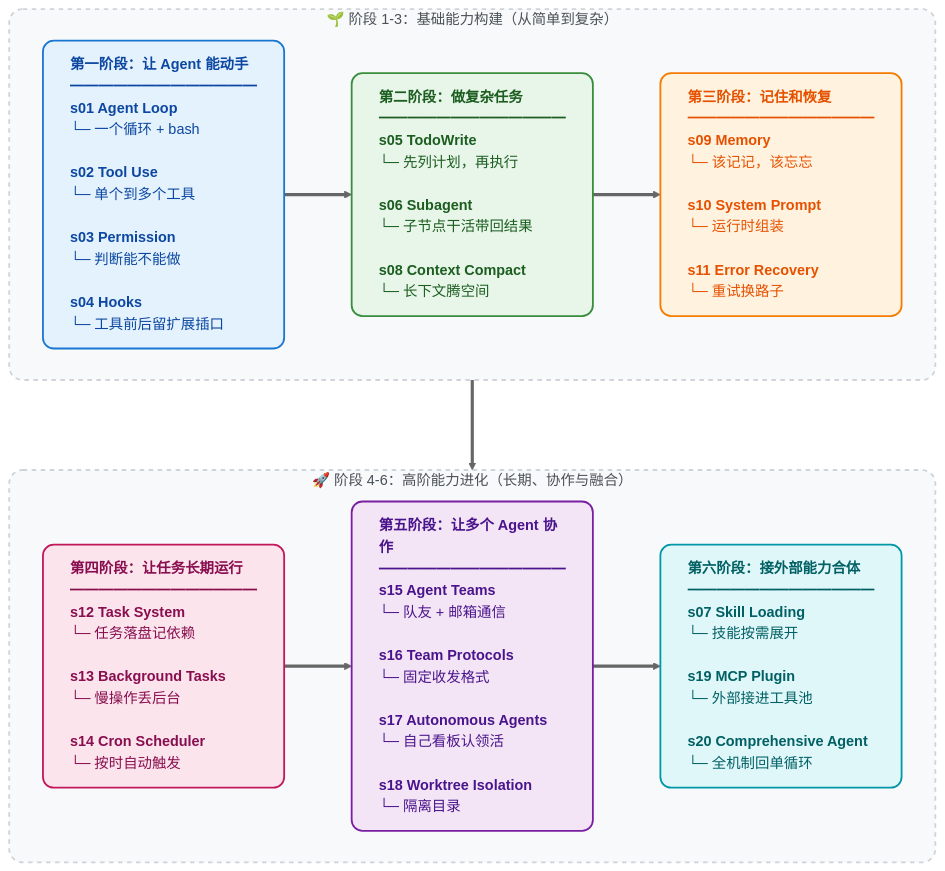
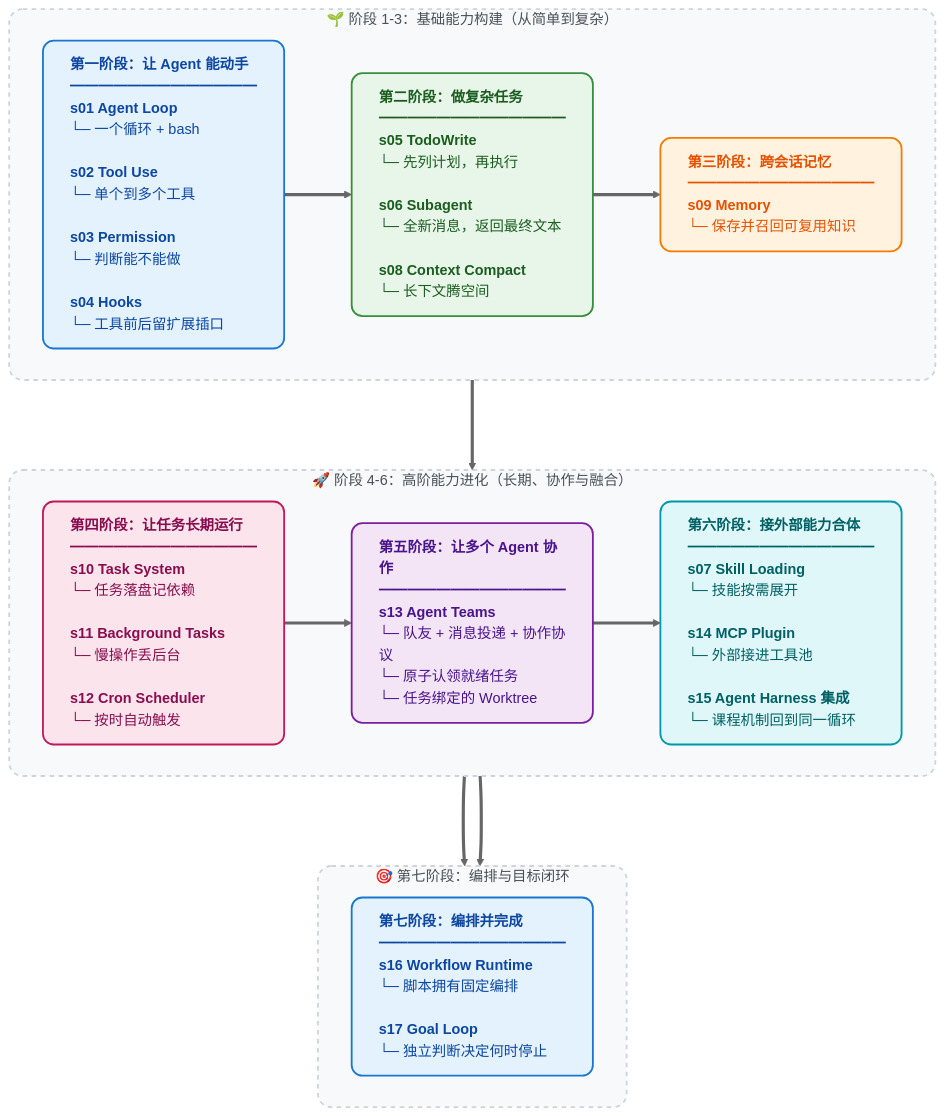
One commit to imzyf/learn-claude-code changed the diagram in README-zh.upstream.md. Above: the diagram before and after it, drawn with Mermaid (neutral theme). The commit also changed other lines of this file and 17 other files, not shown here.

````diff
--- a/README-zh.upstream.md
+++ b/README-zh.upstream.md
@@ -313,43 +304,50 @@
 ```mermaid
 flowchart TD
     %% 统一定义卡片样式：加入 text-align:left 保证列表不会居中乱飘
     classDef stage1 fill:#E3F2FD,stroke:#1976D2,stroke-width:2px,color:#0D47A1,rx:12,ry:12,text-align:left
     classDef stage2 fill:#E8F5E9,stroke:#388E3C,stroke-width:2px,color:#1B5E20,rx:12,ry:12,text-align:left
     classDef stage3 fill:#FFF3E0,stroke:#F57C00,stroke-width:2px,color:#E65100,rx:12,ry:12,text-align:left
     classDef stage4 fill:#FCE4EC,stroke:#C2185b,stroke-width:2px,color:#880E4F,rx:12,ry:12,text-align:left
     classDef stage5 fill:#F3E5F5,stroke:#7B1FA2,stroke-width:2px,color:#4A148C,rx:12,ry:12,text-align:left
     classDef stage6 fill:#E0F7FA,stroke:#0097A7,stroke-width:2px,color:#006064,rx:12,ry:12,text-align:left
     
     %% 背景框样式
     classDef groupBox fill:#F8F9FA,stroke:#CED4DA,stroke-width:2px,stroke-dasharray: 5 5,rx:15,ry:15,color:#495057
     
     %% 第一层：1-3阶段
     subgraph Phase1 ["🌱 阶段 1-3：基础能力构建（从简单到复杂）"]
         direction LR
         S1["<b>第一阶段：让 Agent 能动手</b><br/>━━━━━━━━━━━━━<br/><b>s01 Agent Loop</b><br/>└─ 一个循环 + bash<br/><br/><b>s02 Tool Use</b><br/>└─ 单个到多个工具<br/><br/><b>s03 Permission</b><br/>└─ 判断能不能做<br/><br/><b>s04 Hooks</b><br/>└─ 工具前后留扩展插口"]:::stage1
 
-        S2["<b>第二阶段：做复杂任务</b><br/>━━━━━━━━━━━━━<br/><b>s05 TodoWrite</b><br/>└─ 先列计划，再执行<br/><br/><b>s06 Subagent</b><br/>└─ 子节点干活带回结果<br/><br/><b>s08 Context Compact</b><br/>└─ 长下文腾空间"]:::stage2
+        S2["<b>第二阶段：做复杂任务</b><br/>━━━━━━━━━━━━━<br/><b>s05 TodoWrite</b><br/>└─ 先列计划，再执行<br/><br/><b>s06 Subagent</b><br/>└─ 全新消息，返回最终文本<br/><br/><b>s08 Context Compact</b><br/>└─ 长下文腾空间"]:::stage2
 
-        S3["<b>第三阶段：记住和恢复</b><br/>━━━━━━━━━━━━━<br/><b>s09 Memory</b><br/>└─ 该记记，该忘忘<br/><br/><b>s10 System Prompt</b><br/>└─ 运行时组装<br/><br/><b>s11 Error Recovery</b><br/>└─ 重试换路子"]:::stage3
+        S3["<b>第三阶段：跨会话记忆</b><br/>━━━━━━━━━━━━━<br/><b>s09 Memory</b><br/>└─ 保存并召回可复用知识"]:::stage3
 
         S1 ==> S2 ==> S3
     end
 
     %% 第二层：4-6阶段
     subgraph Phase2 ["🚀 阶段 4-6：高阶能力进化（长期、协作与融合）"]
         direction LR
-        S4["<b>第四阶段：让任务长期运行</b><br/>━━━━━━━━━━━━━<br/><b>s12 Task System</b><br/>└─ 任务落盘记依赖<br/><br/><b>s13 Background Tasks</b><br/>└─ 慢操作丢后台<br/><br/><b>s14 Cron Scheduler</b><br/>└─ 按时自动触发"]:::stage4
+        S4["<b>第四阶段：让任务长期运行</b><br/>━━━━━━━━━━━━━<br/><b>s10 Task System</b><br/>└─ 任务落盘记依赖<br/><br/><b>s11 Background Tasks</b><br/>└─ 慢操作丢后台<br/><br/><b>s12 Cron Scheduler</b><br/>└─ 按时自动触发"]:::stage4
 
-        S5["<b>第五阶段：让多个 Agent 协作</b><br/>━━━━━━━━━━━━━<br/><b>s15 Agent Teams</b><br/>└─ 队友 + 邮箱通信<br/><br/><b>s16 Team Protocols</b><br/>└─ 固定收发格式<br/><br/><b>s17 Autonomous Agents</b><br/>└─ 自己看板认领活<br/><br/><b>s18 Worktree Isolation</b><br/>└─ 隔离目录"]:::stage5
+        S5["<b>第五阶段：让多个 Agent 协作</b><br/>━━━━━━━━━━━━━<br/><b>s13 Agent Teams</b><br/>└─ 队友 + 消息投递 + 协作协议<br/>└─ 原子认领就绪任务<br/>└─ 任务绑定的 Worktree"]:::stage5
 
-        S6["<b>第六阶段：接外部能力合体</b><br/>━━━━━━━━━━━━━<br/><b>s07 Skill Loading</b><br/>└─ 技能按需展开<br/><br/><b>s19 MCP Plugin</b><br/>└─ 外部接进工具池<br/><br/><b>s20 Comprehensive Agent</b><br/>└─ 全机制回单循环"]:::stage6
+        S6["<b>第六阶段：接外部能力合体</b><br/>━━━━━━━━━━━━━<br/><b>s07 Skill Loading</b><br/>└─ 技能按需展开<br/><br/><b>s14 MCP Plugin</b><br/>└─ 外部接进工具池<br/><br/><b>s15 Agent Harness 集成</b><br/>└─ 课程机制回到同一循环"]:::stage6
 
         S4 ==> S5 ==> S6
     end
 
-    %% 将两个模块连接起来，形成 Z 字形阅读流
-    Phase1 ===> Phase2
+    %% 第三层：编排与目标闭环
+    subgraph Phase3 ["🎯 第七阶段：编排与目标闭环"]
+        direction LR
+        S7["<b>第七阶段：编排并完成</b><br/>━━━━━━━━━━━━━<br/><b>s16 Workflow Runtime</b><br/>└─ 脚本拥有固定编排<br/><br/><b>s17 Goal Loop</b><br/>└─ 独立判断决定何时停止"]:::stage1
+        S6 ==> S7
+    end
+
+    %% 将三个模块连接起来，形成 Z 字形阅读流
+    Phase1 ===> Phase2 ===> Phase3
 
     %% 应用背景样式
-    class Phase1,Phase2 groupBox
+    class Phase1,Phase2,Phase3 groupBox
 ```
````
